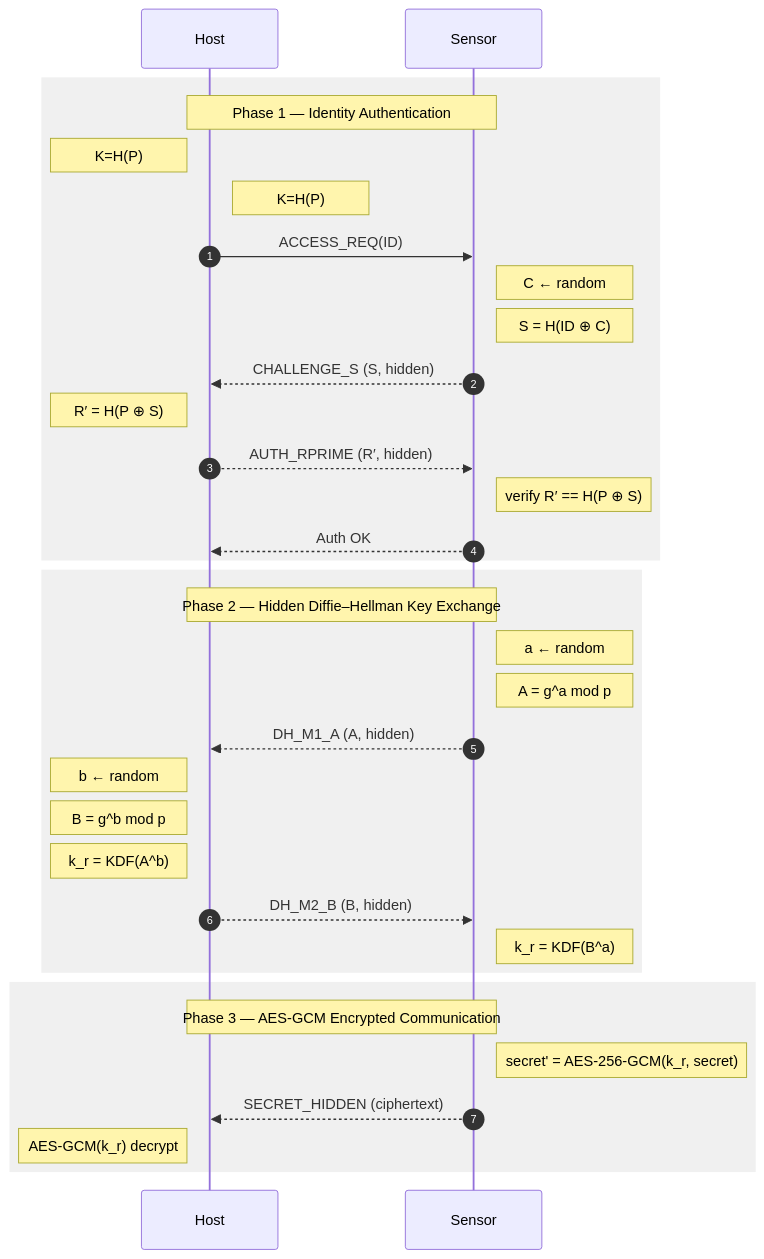
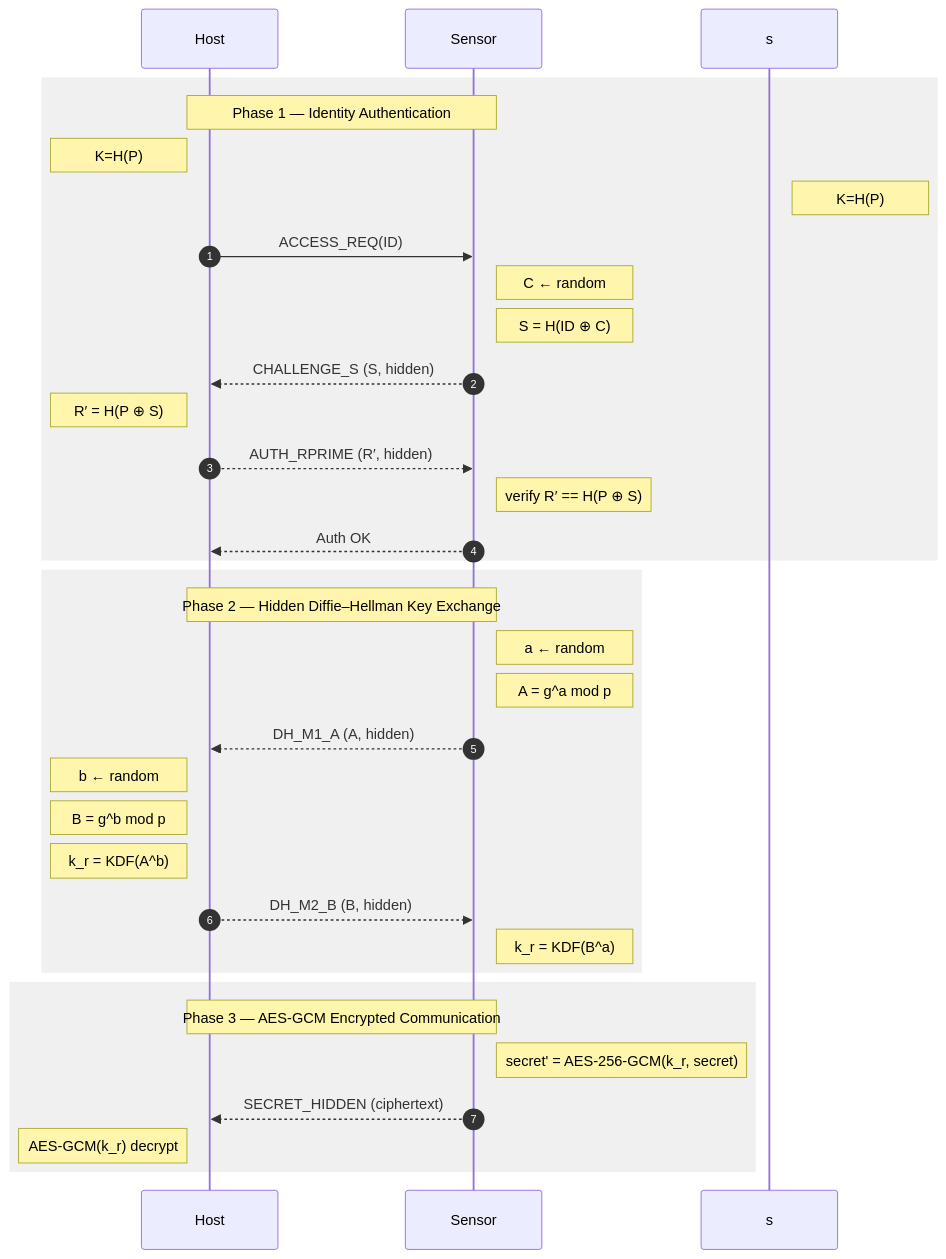
One commit to TracerWWW/iodraw-files changed the diagram in all/KR.md. Above: the diagram before and after it, drawn with Mermaid.

Commit message:
2026-02-06 00:38:40 update

````diff
--- a/all/KR.md
+++ b/all/KR.md
@@ -1,63 +1,63 @@
 ```mermaid
 sequenceDiagram
     autonumber
     participant Host
     participant Sensor
 
     %% =========================
     %% Phase 1: Identity Authentication
     %% =========================
     rect rgb(240,240,240)
     Note over Host,Sensor: Phase 1 — Identity Authentication
 
     Note left of Host: K=H(P)
-    Note right of Host: K=H(P)
+    Note right of s: K=H(P)
 
     Host->>Sensor: ACCESS_REQ(ID)
 
     Note right of Sensor: C ← random
     Note right of Sensor: S = H(ID ⊕ C)
 
     Sensor-->>Host: CHALLENGE_S (S, hidden)
 
     Note left of Host: R′ = H(P ⊕ S)
 
     Host-->>Sensor: AUTH_RPRIME (R′, hidden)
 
     Note right of Sensor: verify R′ == H(P ⊕ S)
     Sensor-->>Host: Auth OK
     end
 
     %% =========================
     %% Phase 2: DH Key Exchange
     %% =========================
     rect rgb(240,240,240)
     Note over Host,Sensor: Phase 2 — Hidden Diffie–Hellman Key Exchange
 
     Note right of Sensor: a ← random
     Note right of Sensor: A = g^a mod p
 
     Sensor-->>Host: DH_M1_A (A, hidden)
 
     Note left of Host: b ← random
     Note left of Host: B = g^b mod p
     Note left of Host: k_r = KDF(A^b)
 
     Host-->>Sensor: DH_M2_B (B, hidden)
 
     Note right of Sensor: k_r = KDF(B^a)
     end
 
     %% =========================
     %% Phase 3: Secure Communication
     %% =========================
     rect rgb(240,240,240)
     Note over Host,Sensor: Phase 3 — AES-GCM Encrypted Communication
 
     Note right of Sensor: secret' = AES-256-GCM(k_r, secret)
 
     Sensor-->>Host: SECRET_HIDDEN (ciphertext)
 
     Note left of Host: AES-GCM(k_r) decrypt
     end
 ```
````
